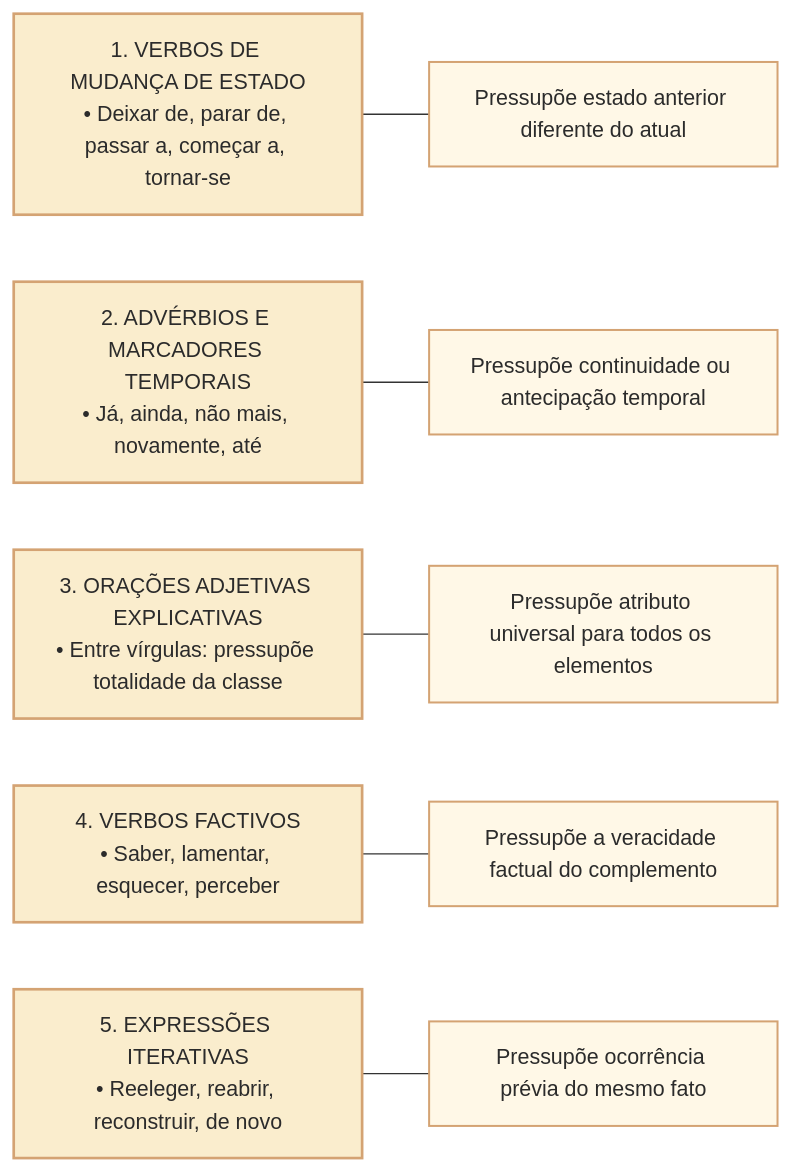
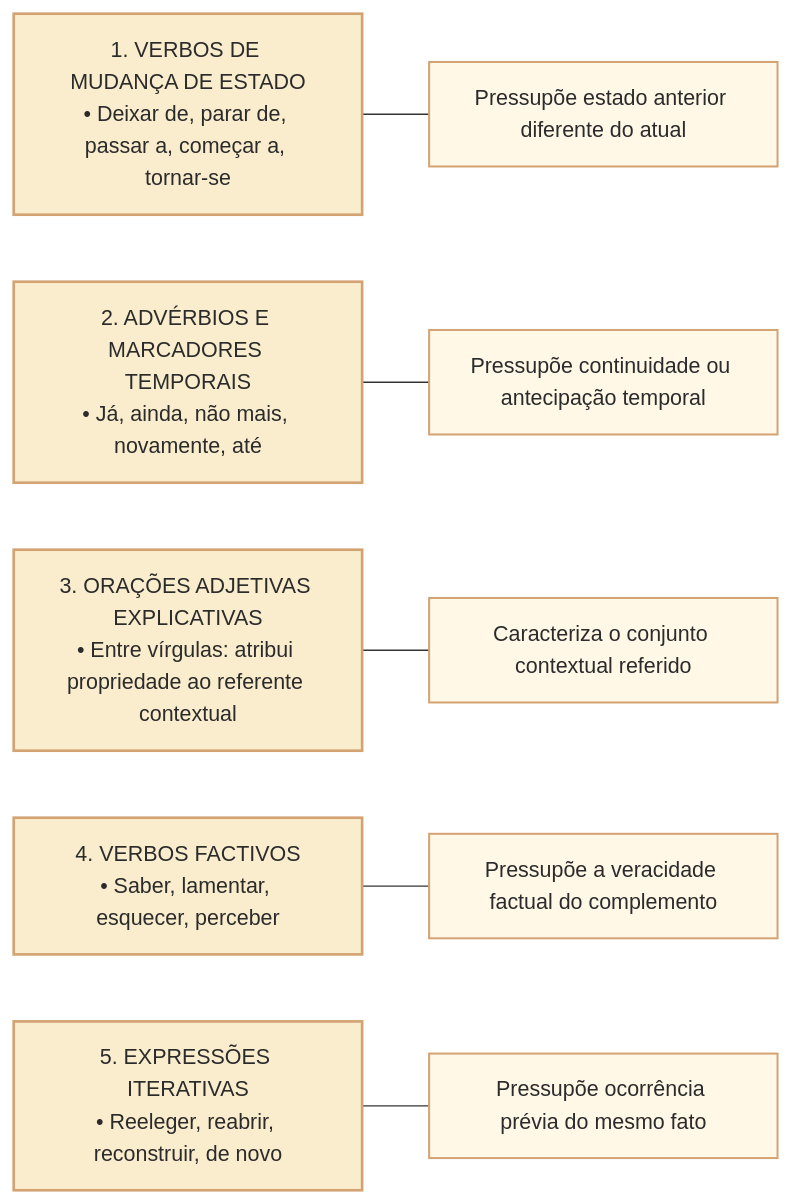
The second of 5 diagrams in 3 - Materias/Portugues/14 - informacao explicita pressuposto e inferencia.md (leorruas/concursos), drawn with Mermaid before and after one commit. The commit also changed other lines of this file, not shown here.

````diff
--- a/3 - Materias/Portugues/14 - informacao explicita pressuposto e inferencia.md
+++ b/3 - Materias/Portugues/14 - informacao explicita pressuposto e inferencia.md
@@ -62,17 +62,17 @@
 ```mermaid
 flowchart LR
     classDef default fill:#fff8e7,stroke:#d4a373,stroke-width:1.5px,color:#2b2b2b;
     classDef gatilho fill:#faedcd,stroke:#d4a373,stroke-width:2px,color:#2b2b2b;
 
     G1["1. VERBOS DE MUDANÇA DE ESTADO<br>• Deixar de, parar de, passar a, começar a, tornar-se"]:::gatilho
     G2["2. ADVÉRBIOS E MARCADORES TEMPORAIS<br>• Já, ainda, não mais, novamente, até"]:::gatilho
-    G3["3. ORAÇÕES ADJETIVAS EXPLICATIVAS<br>• Entre vírgulas: pressupõe totalidade da classe"]:::gatilho
+    G3["3. ORAÇÕES ADJETIVAS EXPLICATIVAS<br>• Entre vírgulas: atribui propriedade ao referente contextual"]:::gatilho
     G4["4. VERBOS FACTIVOS<br>• Saber, lamentar, esquecer, perceber"]:::gatilho
     G5["5. EXPRESSÕES ITERATIVAS<br>• Reeleger, reabrir, reconstruir, de novo"]:::gatilho
 
     G1 --- T1["Pressupõe estado anterior diferente do atual"]
     G2 --- T2["Pressupõe continuidade ou antecipação temporal"]
-    G3 --- T3["Pressupõe atributo universal para todos os elementos"]
+    G3 --- T3["Caracteriza o conjunto contextual referido"]
     G4 --- T4["Pressupõe a veracidade factual do complemento"]
     G5 --- T5["Pressupõe ocorrência prévia do mesmo fato"]
 ```
````
